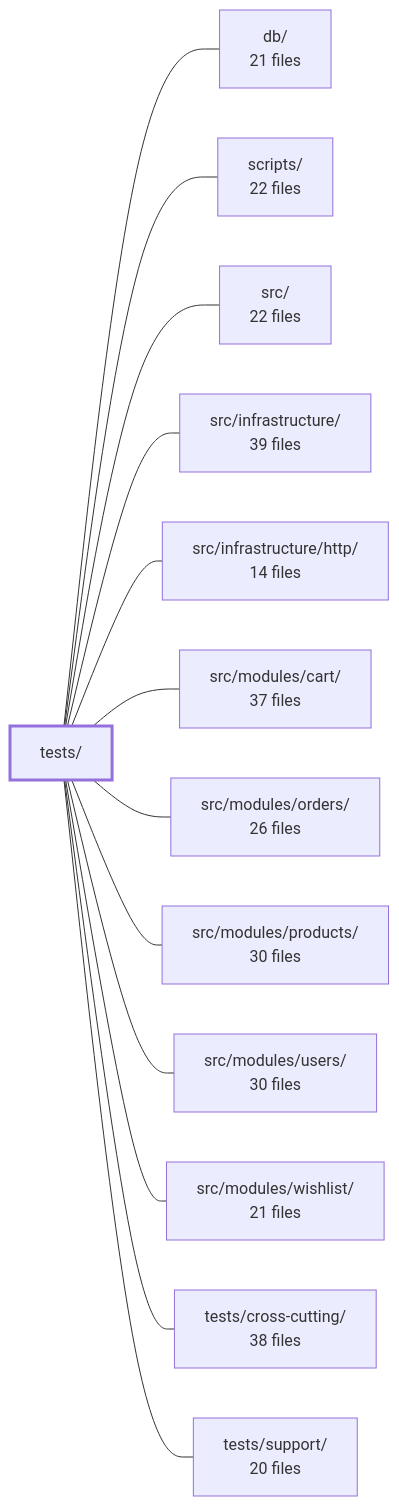
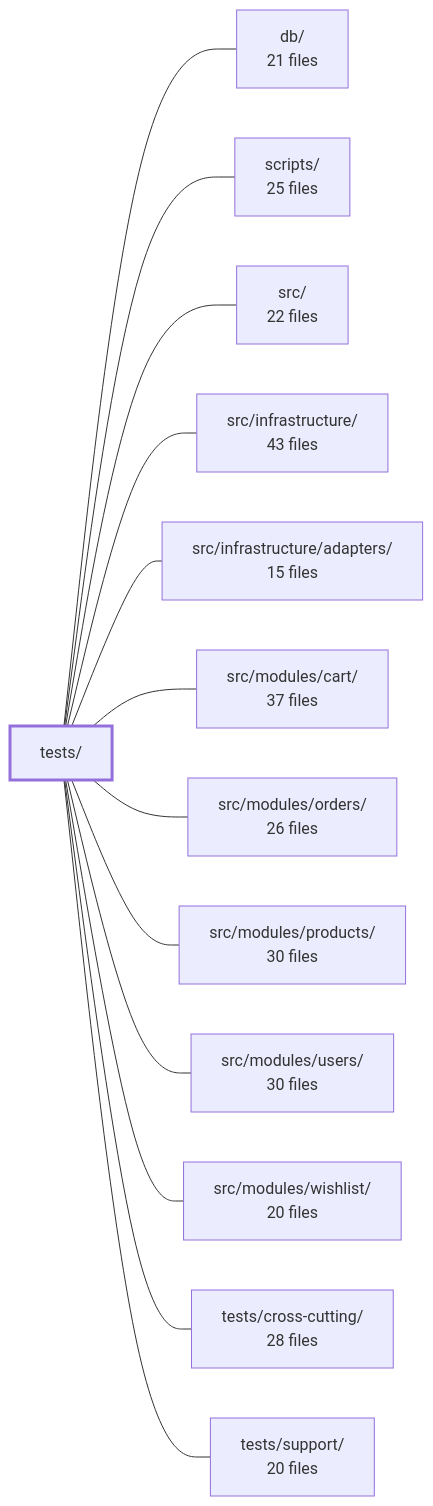
One commit to Guebbit/boilerplate-node-backend changed the diagram in .2repo/modules/boilerplate-node-backend_tests.md. Above: the diagram before and after it, drawn with Mermaid. The commit also changed other lines of this file and 625 other files, not shown here.

````diff
--- a/.2repo/modules/boilerplate-node-backend_tests.md
+++ b/.2repo/modules/boilerplate-node-backend_tests.md
@@ -47,29 +45,29 @@
 ```mermaid
 flowchart LR
     m_tests["tests/"]
     m_db["db/<br/>21 files"]
-    m_scripts["scripts/<br/>22 files"]
+    m_scripts["scripts/<br/>25 files"]
     m_src["src/<br/>22 files"]
-    m_src_infrastructure["src/infrastructure/<br/>39 files"]
-    m_src_infrastructure_http["src/infrastructure/http/<br/>14 files"]
+    m_src_infrastructure["src/infrastructure/<br/>43 files"]
+    m_src_infrastructure_adapters["src/infrastructure/adapters/<br/>15 files"]
     m_src_modules_cart["src/modules/cart/<br/>37 files"]
     m_src_modules_orders["src/modules/orders/<br/>26 files"]
     m_src_modules_products["src/modules/products/<br/>30 files"]
     m_src_modules_users["src/modules/users/<br/>30 files"]
-    m_src_modules_wishlist["src/modules/wishlist/<br/>21 files"]
-    m_tests_cross_cutting["tests/cross-cutting/<br/>38 files"]
+    m_src_modules_wishlist["src/modules/wishlist/<br/>20 files"]
+    m_tests_cross_cutting["tests/cross-cutting/<br/>28 files"]
     m_tests_support["tests/support/<br/>20 files"]
     m_tests --- m_db
     m_tests --- m_scripts
     m_tests --- m_src
     m_tests --- m_src_infrastructure
-    m_tests --- m_src_infrastructure_http
+    m_tests --- m_src_infrastructure_adapters
     m_tests --- m_src_modules_cart
     m_tests --- m_src_modules_orders
     m_tests --- m_src_modules_products
     m_tests --- m_src_modules_users
     m_tests --- m_src_modules_wishlist
     m_tests --- m_tests_cross_cutting
     m_tests --- m_tests_support
     style m_tests stroke-width:3px
 ```
````
